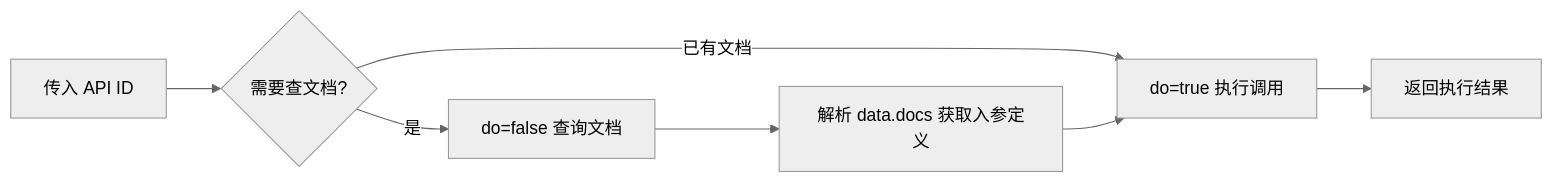
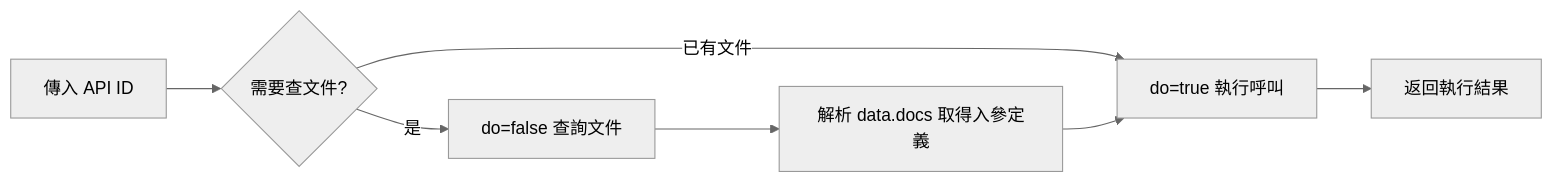
The diagram in fdep-api-request/SKILL.md (wuzhiping/skills), drawn with Mermaid (neutral theme) before and after one commit. The commit also changed other lines of this file, not shown here.

````diff
--- a/fdep-api-request/SKILL.md
+++ b/fdep-api-request/SKILL.md
@@ -8,9 +8,9 @@
 ```mermaid
 graph LR
-    A[传入 API ID] --> B{需要查文档?}
-    B -->|是| C[do=false 查询文档]
-    B -->|已有文档| D[do=true 执行调用]
-    C --> E[解析 data.docs 获取入参定义]
+    A[傳入 API ID] --> B{需要查文件?}
+    B -->|是| C[do=false 查詢文件]
+    B -->|已有文件| D[do=true 執行呼叫]
+    C --> E[解析 data.docs 取得入參定義]
     E --> D
-    D --> F[返回执行结果]
+    D --> F[返回執行結果]
 ```
````
